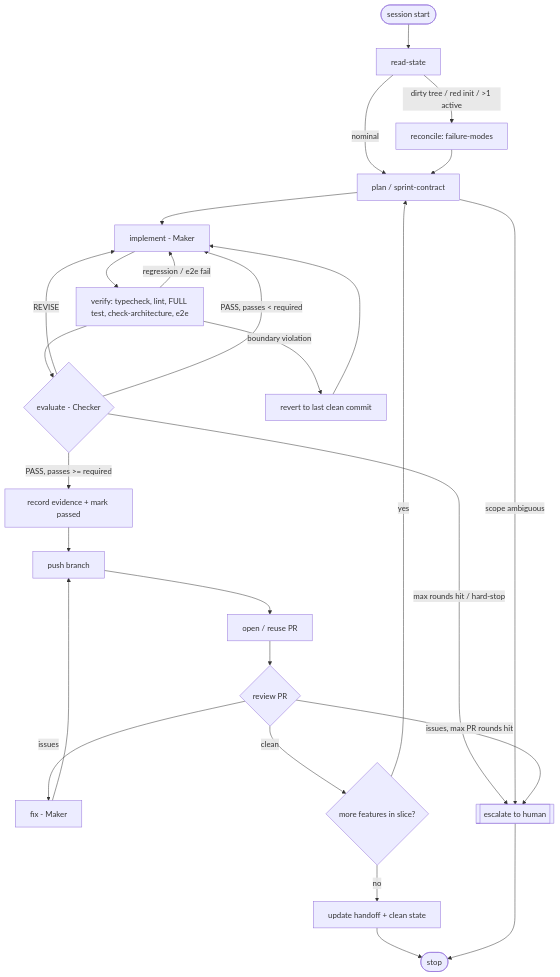
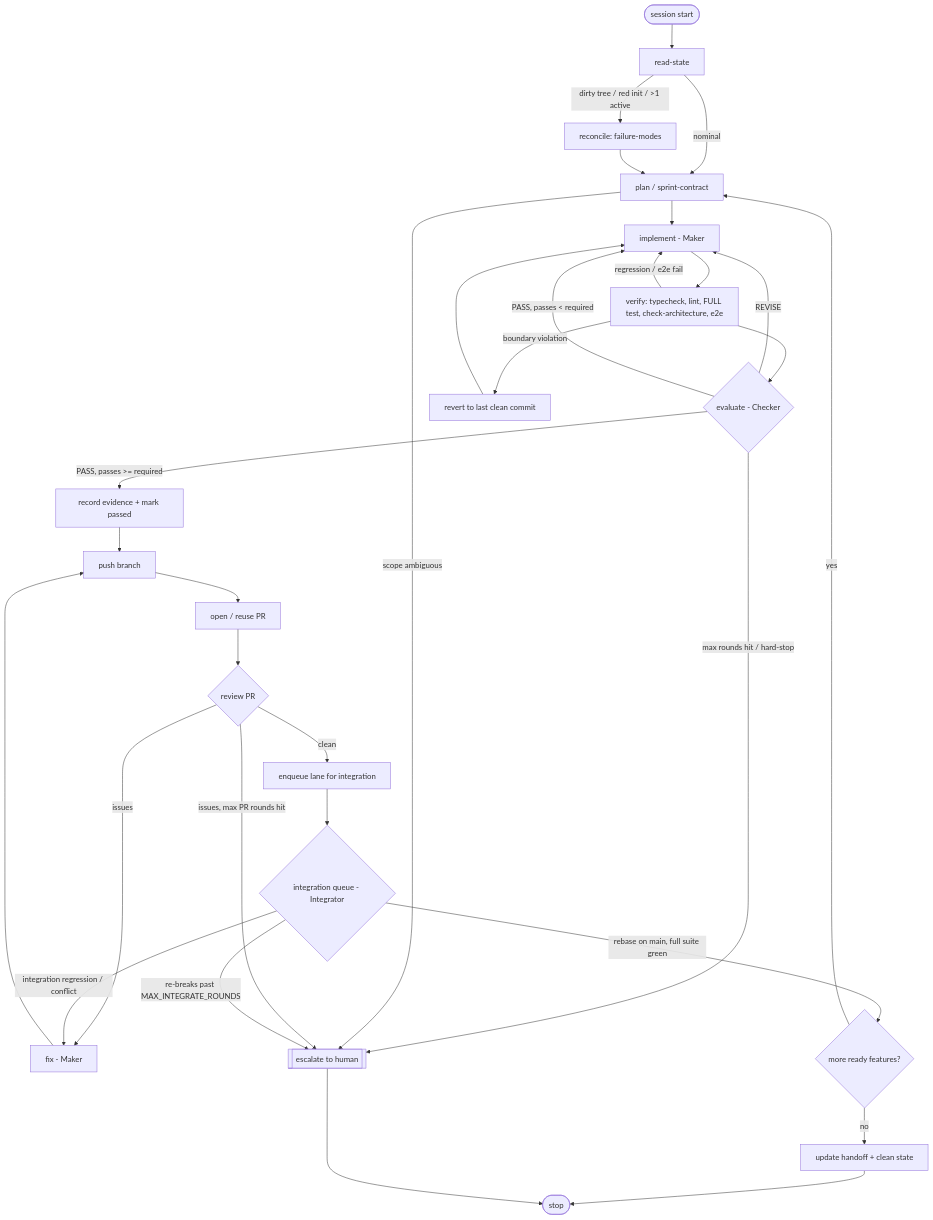
The first of 2 diagrams in HARNESS-BOOTSTRAP.md (nimatrazmjo/harness-bootstrap), drawn with Mermaid before and after one commit. The commit also changed other lines of this file and 1 other file, not shown here.

First line of the commit message:
feat(harness): add opt-in parallel lanes + integration queue

````diff
--- a/HARNESS-BOOTSTRAP.md
+++ b/HARNESS-BOOTSTRAP.md
@@ -720,30 +959,34 @@
 ```mermaid
 flowchart TD
     START([session start]) --> READ[read-state]
     READ -->|nominal| PLAN[plan / sprint-contract]
     READ -->|dirty tree / red init / >1 active| REPAIR[reconcile: failure-modes]
     REPAIR --> PLAN
     PLAN --> IMPL[implement - Maker]
     IMPL --> VERIFY[verify: typecheck, lint, FULL test, check-architecture, e2e]
     VERIFY --> EVAL{evaluate - Checker}
     VERIFY -->|regression / e2e fail| IMPL
     EVAL -->|REVISE| IMPL
     EVAL -->|PASS, passes < required| IMPL
     EVAL -->|PASS, passes >= required| RECORD[record evidence + mark passed]
     RECORD --> PUSH[push branch]
     PUSH --> OPENPR[open / reuse PR]
     OPENPR --> PRREVIEW{review PR}
     PRREVIEW -->|issues| PRFIX[fix - Maker]
     PRFIX --> PUSH
-    PRREVIEW -->|clean| NEXT{more features in slice?}
+    PRREVIEW -->|clean| ENQUEUE[enqueue lane for integration]
+    ENQUEUE --> INTEGRATE{integration queue - Integrator}
+    INTEGRATE -->|rebase on main, full suite green| NEXT{more ready features?}
+    INTEGRATE -->|integration regression / conflict| PRFIX
     NEXT -->|yes| PLAN
     NEXT -->|no| HANDOFF[update handoff + clean state]
     HANDOFF --> STOP([stop])
 
     VERIFY -->|boundary violation| ROLLBACK[revert to last clean commit]
     ROLLBACK --> IMPL
     EVAL -->|max rounds hit / hard-stop| HUMAN[[escalate to human]]
     PLAN -->|scope ambiguous| HUMAN
     PRREVIEW -->|issues, max PR rounds hit| HUMAN
+    INTEGRATE -->|re-breaks past MAX_INTEGRATE_ROUNDS| HUMAN
     HUMAN --> STOP
 ```
````
